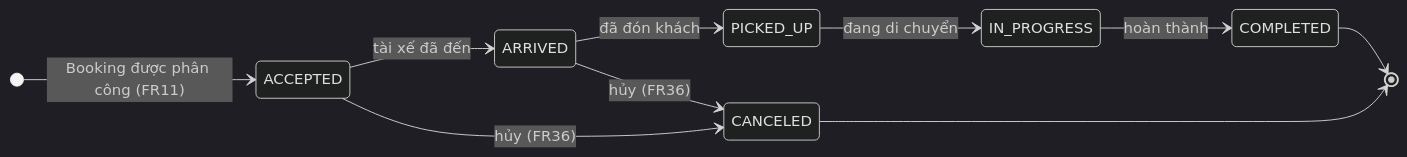
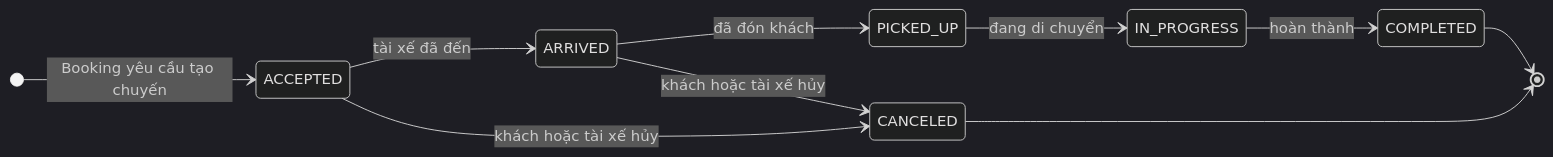
Before and after one commit to nghuuduc21/23699411_NguyenHuuDuc_CabSystem: the fourth of 5 diagrams in docs/design/01-bounded-contexts.md, drawn with Mermaid (dark theme). The commit also changed other lines of this file and 13 other files, not shown here.

````diff
--- a/docs/design/01-bounded-contexts.md
+++ b/docs/design/01-bounded-contexts.md
@@ -276,13 +319,13 @@
 ```mermaid
 stateDiagram-v2
   direction LR
-  [*] --> ACCEPTED: Booking được phân công (FR11)
+  [*] --> ACCEPTED: Booking yêu cầu tạo chuyến
   ACCEPTED --> ARRIVED: tài xế đã đến
   ARRIVED --> PICKED_UP: đã đón khách
   PICKED_UP --> IN_PROGRESS: đang di chuyển
   IN_PROGRESS --> COMPLETED: hoàn thành
-  ACCEPTED --> CANCELED: hủy (FR36)
-  ARRIVED --> CANCELED: hủy (FR36)
+  ACCEPTED --> CANCELED: khách hoặc tài xế hủy
+  ARRIVED --> CANCELED: khách hoặc tài xế hủy
   COMPLETED --> [*]
   CANCELED --> [*]
 ```
````
